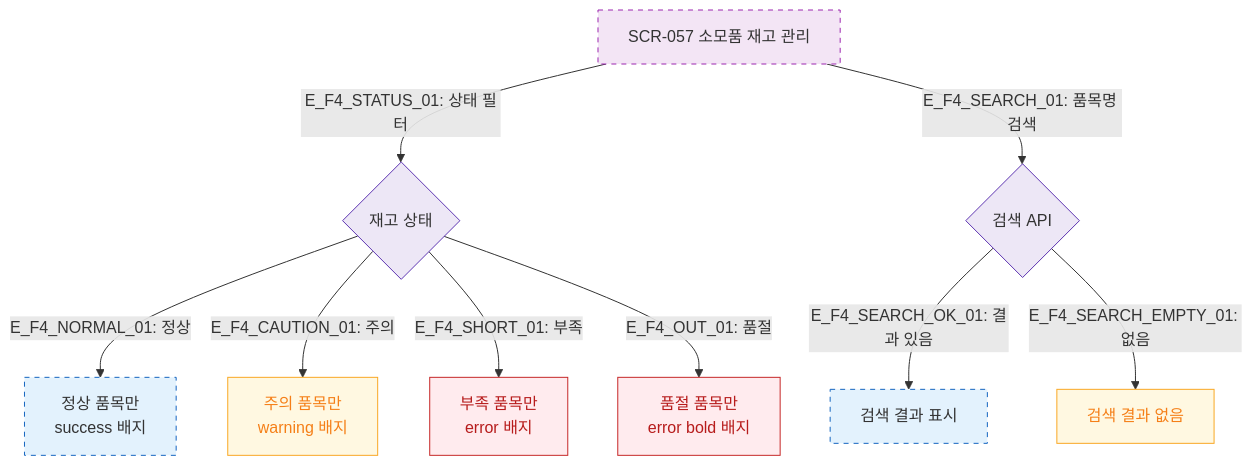
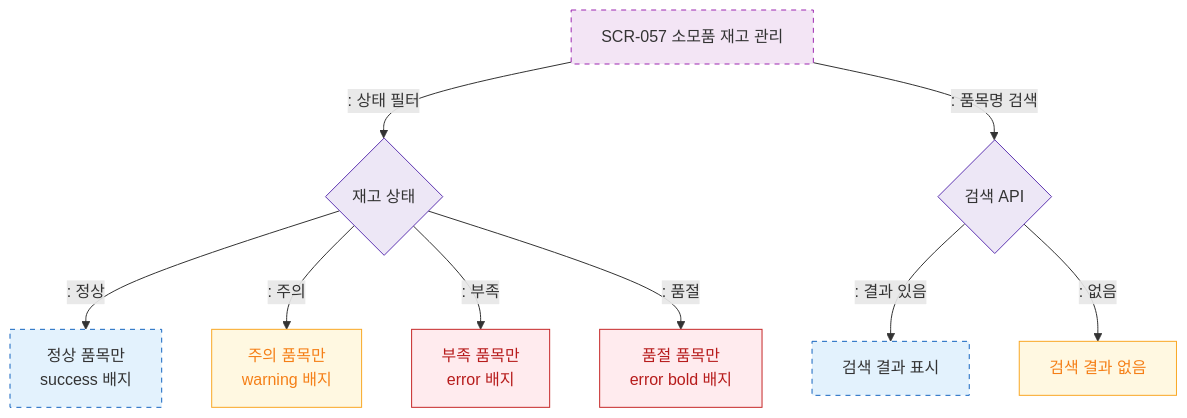
Before and after one commit to dev-spogym/admin-pando: the diagram in docs/다이어그램/D06_시설관리/SCR-057_소모품재고관리/F4_필터검색.md, drawn with Mermaid. The commit also changed other lines of this file and 1660 other files, not shown here.

First line of the commit message:
다이어그램: 기획자/클라이언트 납품본으로 정리

````diff
--- a/docs/다이어그램/D06_시설관리/SCR-057_소모품재고관리/F4_필터검색.md
+++ b/docs/다이어그램/D06_시설관리/SCR-057_소모품재고관리/F4_필터검색.md
@@ -16,25 +14,25 @@
 ```mermaid
 flowchart TD
     SCR_057[SCR-057 소모품 재고 관리]
 
-    SCR_057 -->|"E_F4_STATUS_01: 상태 필터"| StatusFilter{재고 상태}
-    StatusFilter -->|"E_F4_NORMAL_01: 정상"| NormalList[정상 품목만\nsuccess 배지]
-    StatusFilter -->|"E_F4_CAUTION_01: 주의"| CautionList[주의 품목만\nwarning 배지]
-    StatusFilter -->|"E_F4_SHORT_01: 부족"| ShortList[부족 품목만\nerror 배지]
-    StatusFilter -->|"E_F4_OUT_01: 품절"| OutList[품절 품목만\nerror bold 배지]
+    SCR_057 -->|": 상태 필터"|StatusFilter{재고 상태}
+    StatusFilter -->|": 정상"|NormalList[정상 품목만\nsuccess 배지]
+    StatusFilter -->|": 주의"|CautionList[주의 품목만\nwarning 배지]
+    StatusFilter -->|": 부족"|ShortList[부족 품목만\nerror 배지]
+    StatusFilter -->|": 품절"|OutList[품절 품목만\nerror bold 배지]
 
-    SCR_057 -->|"E_F4_SEARCH_01: 품목명 검색"| SearchAPI{검색 API}
-    SearchAPI -->|"E_F4_SEARCH_OK_01: 결과 있음"| SearchResult[검색 결과 표시]
-    SearchAPI -->|"E_F4_SEARCH_EMPTY_01: 없음"| SearchEmpty[검색 결과 없음]
+    SCR_057 -->|": 품목명 검색"|SearchAPI{검색 API}
+    SearchAPI -->|": 결과 있음"|SearchResult[검색 결과 표시]
+    SearchAPI -->|": 없음"|SearchEmpty[검색 결과 없음]
 
     classDef newFeature fill:#F3E5F5,stroke:#9C27B0,stroke-dasharray:5 5
     classDef screen fill:#E3F2FD,stroke:#1565C0,stroke-dasharray:5 5
     classDef warning fill:#FFF8E1,stroke:#F9A825,color:#F57F17
     classDef error fill:#FFEBEE,stroke:#C62828,color:#B71C1C
     classDef system fill:#EDE7F6,stroke:#5E35B2
     class SCR_057 newFeature
     class NormalList,SearchResult screen
     class CautionList,SearchEmpty warning
     class ShortList,OutList error
     class StatusFilter,SearchAPI system
 ```
````
